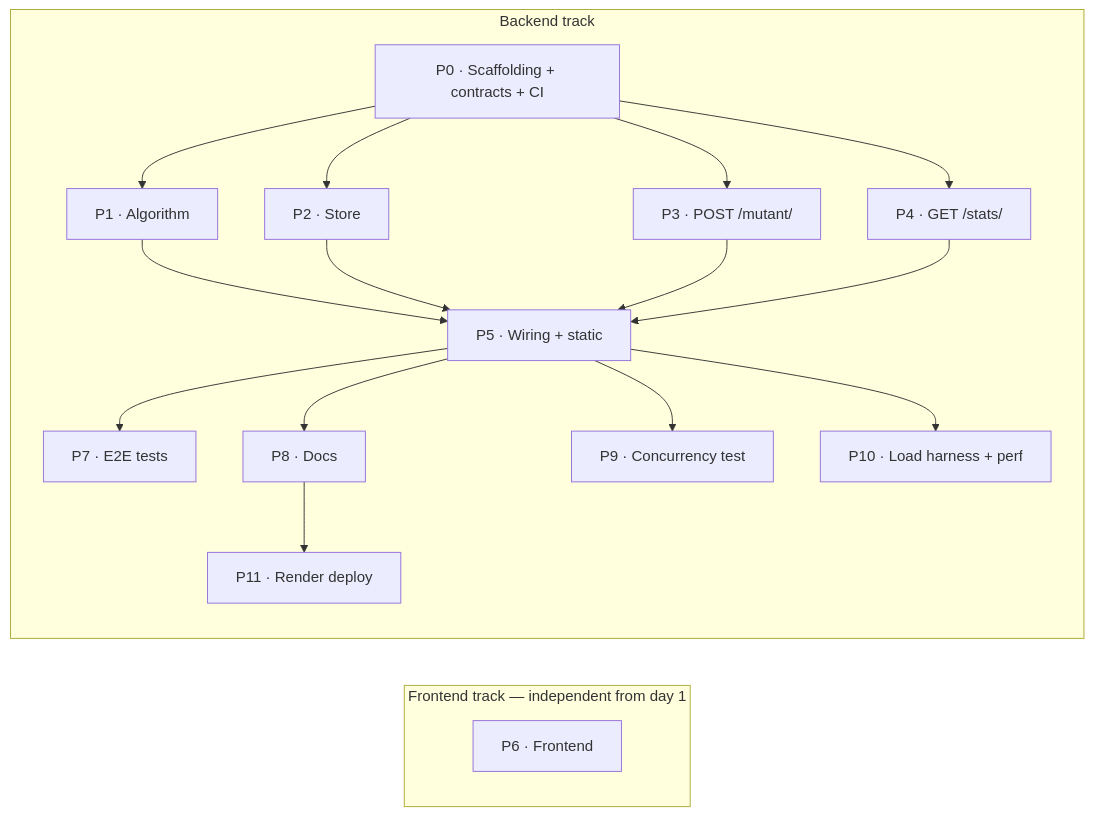
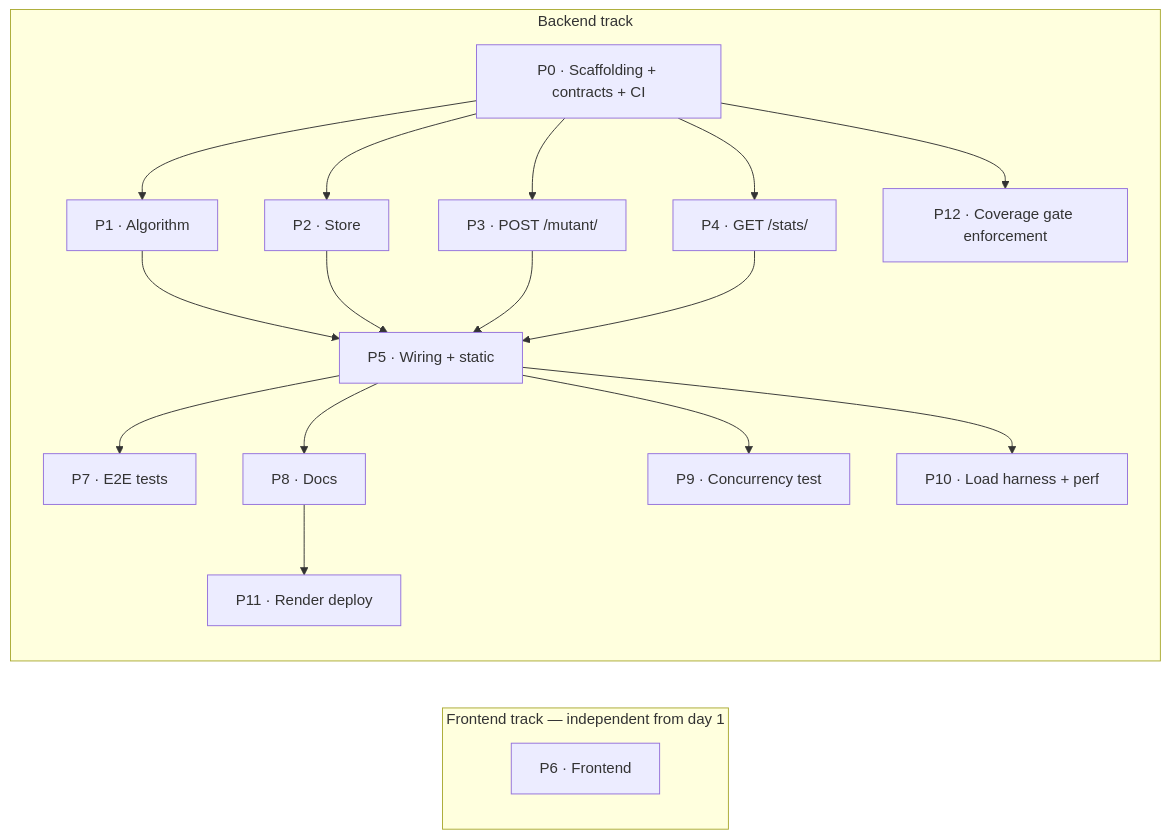
The diagram in plan.md (ShreyKumar/rif-take-home-challenge), drawn with Mermaid before and after one commit. The commit also changed other lines of this file, not shown here.

First line of the commit message:
docs: plan coverage-gate enforcement as Phase 12

````diff
--- a/plan.md
+++ b/plan.md
@@ -23,22 +23,23 @@
 ```mermaid
 flowchart LR
     subgraph fe [Frontend track — independent from day 1]
         P6[P6 · Frontend]
     end
     subgraph be [Backend track]
         P0[P0 · Scaffolding + contracts + CI]
         P0 --> P1[P1 · Algorithm]
         P0 --> P2[P2 · Store]
         P0 --> P3[P3 · POST /mutant/]
         P0 --> P4[P4 · GET /stats/]
         P1 --> P5[P5 · Wiring + static]
         P2 --> P5
         P3 --> P5
         P4 --> P5
         P5 --> P7[P7 · E2E tests]
         P5 --> P8[P8 · Docs]
         P5 --> P9[P9 · Concurrency test]
         P5 --> P10[P10 · Load harness + perf]
         P8 --> P11[P11 · Render deploy]
+        P0 --> P12[P12 · Coverage gate enforcement]
     end
 ```
````
